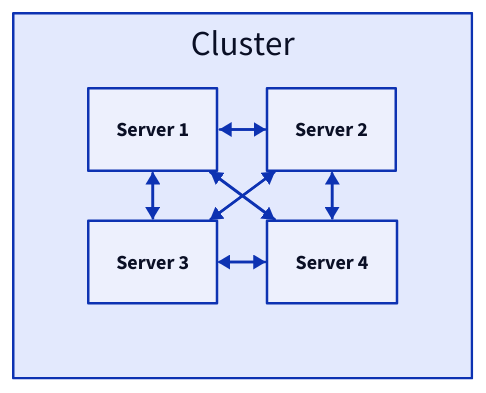
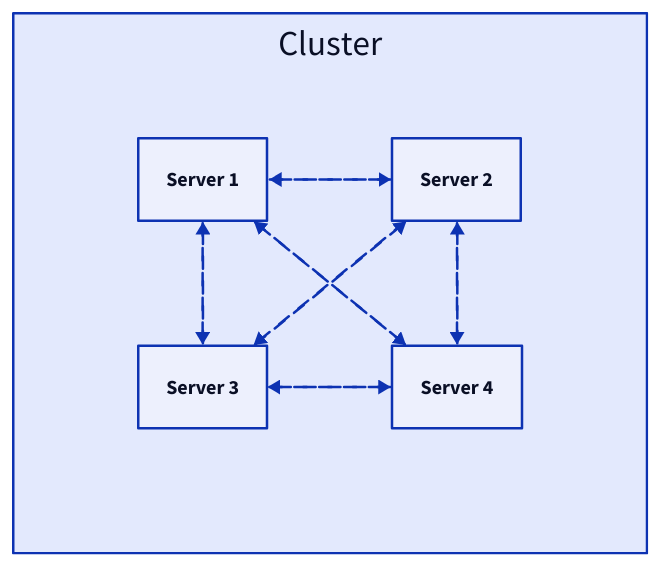
One commit to link1905/system-design-101 changed the first of 17 diagrams in content/docs/data-persistence/distributed-database/peer-to-peer-architecture/gossip-protocol.md. Above: the diagram before and after it, drawn with D2. The commit also changed other lines of this file and 40 other files, not shown here.

````diff
--- a/content/docs/data-persistence/distributed-database/peer-to-peer-architecture/gossip-protocol.md
+++ b/content/docs/data-persistence/distributed-database/peer-to-peer-architecture/gossip-protocol.md
@@ -14,29 +14,54 @@
 ```d2
 c: Cluster {
   grid-rows: 2
+  grid-gap: 100
   n1: Server 1 {
     class: server
   }
   n2: Server 2 {
     class: server
   }
   n3: Server 3 {
     class: server
   }
   n4: Server 4 {
     class: server
   }
-  n1 -> n2
-  n1 -> n3
-  n1 -> n4
-  n2 -> n1
-  n2 -> n3
-  n2 -> n4
-  n3 -> n1
-  n3 -> n2
-  n3 -> n4
-  n4 -> n1
-  n4 -> n2
-  n4 -> n3
+  n1 -> n2 {
+    style.animated: true
+  }
+  n1 -> n3 {
+    style.animated: true
+  }
+  n1 -> n4 {
+    style.animated: true
+  }
+  n2 -> n1 {
+    style.animated: true
+  }
+  n2 -> n3 {
+    style.animated: true
+  }
+  n2 -> n4 {
+    style.animated: true
+  }
+  n3 -> n1 {
+    style.animated: true
+  }
+  n3 -> n2 {
+    style.animated: true
+  }
+  n3 -> n4 {
+    style.animated: true
+  }
+  n4 -> n1 {
+    style.animated: true
+  }
+  n4 -> n2 {
+    style.animated: true
+  }
+  n4 -> n3 {
+    style.animated: true
+  }
 }
 ```
````
